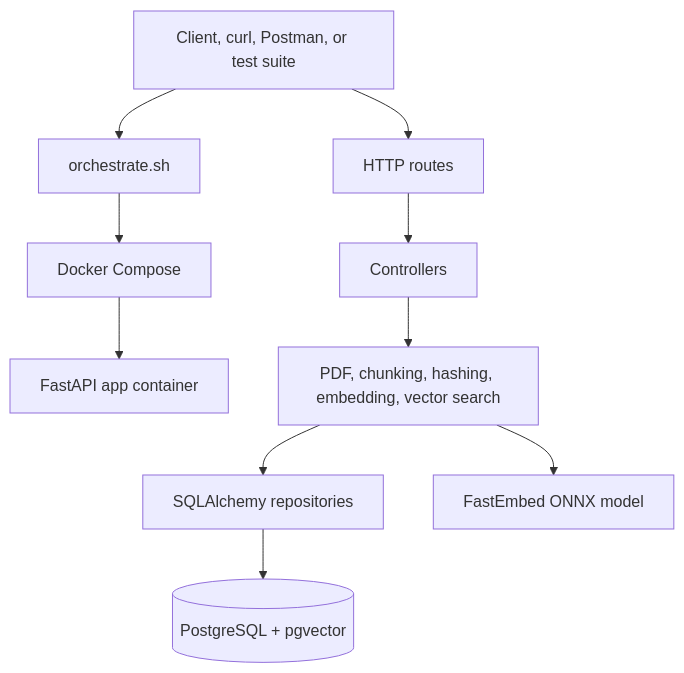
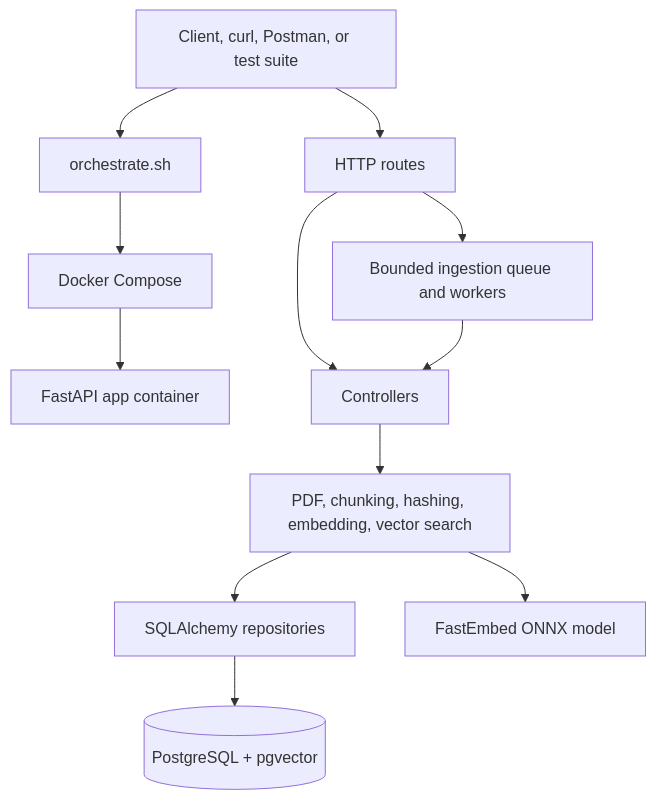
The diagram in readme.md (Peter-Anton/PDF-Ingestion), drawn with Mermaid before and after one commit. The commit also changed other lines of this file, not shown here.

Commit message:
Enhance README to document bounded ingestion queue and worker configuration

````diff
--- a/readme.md
+++ b/readme.md
@@ -8,23 +8,26 @@
 ```mermaid
 flowchart TD
     User[Client, curl, Postman, or test suite]
     Script[orchestrate.sh]
     Compose[Docker Compose]
     App[FastAPI app container]
     Routes[HTTP routes]
     Controllers[Controllers]
+    Worker[Bounded ingestion queue and workers]
     Services[PDF, chunking, hashing, embedding, vector search]
     Repositories[SQLAlchemy repositories]
     DB[(PostgreSQL + pgvector)]
     Model[FastEmbed ONNX model]
 
     User --> Script
     Script --> Compose
     Compose --> App
     User --> Routes
     Routes --> Controllers
+    Routes --> Worker
+    Worker --> Controllers
     Controllers --> Services
     Services --> Repositories
     Repositories --> DB
     Services --> Model
 ```
````
